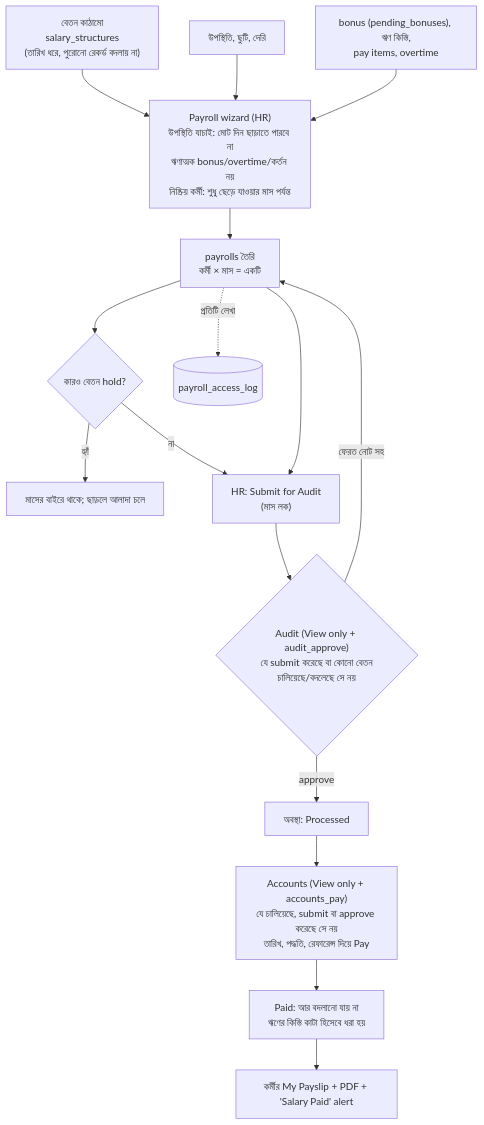
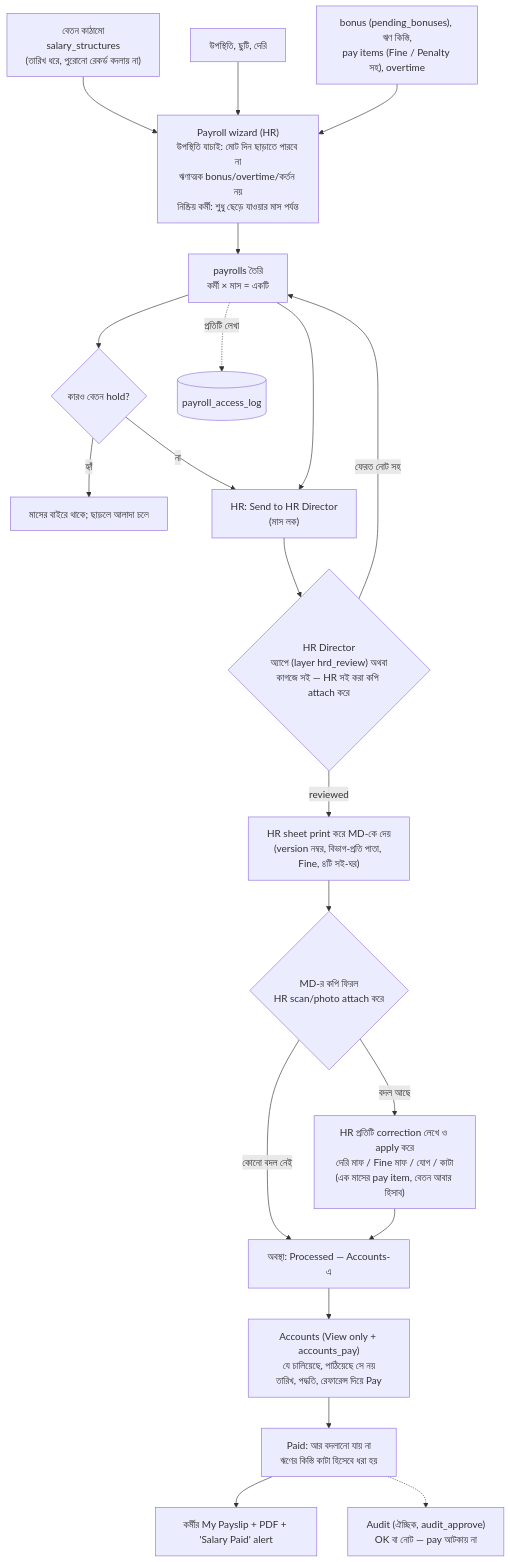
The ninth of 14 diagrams in docs/architecture/02-application-workflow.md (ruhulamencredence/CredenceHR), drawn with Mermaid before and after one commit. The commit also changed other lines of this file and 25 other files, not shown here.

First line of the commit message:
Payroll review v2: HR Director, MD on paper, corrections, Fine, print, audit after pay

````diff
--- a/docs/architecture/02-application-workflow.md
+++ b/docs/architecture/02-application-workflow.md
@@ -250,18 +250,23 @@
 ```mermaid
 flowchart TD
   SS["বেতন কাঠামো<br/>salary_structures<br/>(তারিখ ধরে, পুরোনো রেকর্ড বদলায় না)"] --> WZ
   ATW["উপস্থিতি, ছুটি, দেরি"] --> WZ
-  BN["bonus (pending_bonuses), ঋণ কিস্তি,<br/>pay items, overtime"] --> WZ
+  BN["bonus (pending_bonuses), ঋণ কিস্তি,<br/>pay items (Fine / Penalty সহ), overtime"] --> WZ
   WZ["Payroll wizard (HR)<br/>উপস্থিতি যাচাই: মোট দিন ছাড়াতে পারবে না<br/>ঋণাত্মক bonus/overtime/কর্তন নয়<br/>নিষ্ক্রিয় কর্মী: শুধু ছেড়ে যাওয়ার মাস পর্যন্ত"] --> GEN["payrolls তৈরি<br/>কর্মী × মাস = একটি"]
   GEN --> HOLD{"কারও বেতন hold?"}
   HOLD -- হ্যাঁ --> HD["মাসের বাইরে থাকে; ছাড়লে আলাদা চলে"]
   HOLD -- না --> SUB
-  GEN --> SUB["HR: Submit for Audit<br/>(মাস লক)"]
-  SUB --> AUD{"Audit (View only + audit_approve)<br/>যে submit করেছে বা কোনো বেতন<br/>চালিয়েছে/বদলেছে সে নয়"}
-  AUD -- ফেরত নোট সহ --> GEN
-  AUD -- approve --> PR["অবস্থা: Processed"]
-  PR --> PAY["Accounts (View only + accounts_pay)<br/>যে চালিয়েছে, submit বা approve করেছে সে নয়<br/>তারিখ, পদ্ধতি, রেফারেন্স দিয়ে Pay"]
+  GEN --> SUB["HR: Send to HR Director<br/>(মাস লক)"]
+  SUB --> HRD{"HR Director<br/>অ্যাপে (layer hrd_review) অথবা<br/>কাগজে সই — HR সই করা কপি attach করে"}
+  HRD -- ফেরত নোট সহ --> GEN
+  HRD -- reviewed --> MD["HR sheet print করে MD-কে দেয়<br/>(version নম্বর, বিভাগ-প্রতি পাতা, Fine, ৪টি সই-ঘর)"]
+  MD --> BACK{"MD-র কপি ফিরল<br/>HR scan/photo attach করে"}
+  BACK -- কোনো বদল নেই --> PR["অবস্থা: Processed — Accounts-এ"]
+  BACK -- বদল আছে --> COR["HR প্রতিটি correction লেখে ও apply করে<br/>দেরি মাফ / Fine মাফ / যোগ / কাটা<br/>(এক মাসের pay item, বেতন আবার হিসাব)"]
+  COR --> PR
+  PR --> PAY["Accounts (View only + accounts_pay)<br/>যে চালিয়েছে, পাঠিয়েছে সে নয়<br/>তারিখ, পদ্ধতি, রেফারেন্স দিয়ে Pay"]
   PAY --> PD["Paid: আর বদলানো যায় না<br/>ঋণের কিস্তি কাটা হিসেবে ধরা হয়"]
   PD --> PSLIP["কর্মীর My Payslip + PDF + 'Salary Paid' alert"]
+  PD -.-> AUD["Audit (ঐচ্ছিক, audit_approve)<br/>OK বা নোট — pay আটকায় না"]
   GEN -. প্রতিটি লেখা .-> LOG[(payroll_access_log)]
 ```
````
